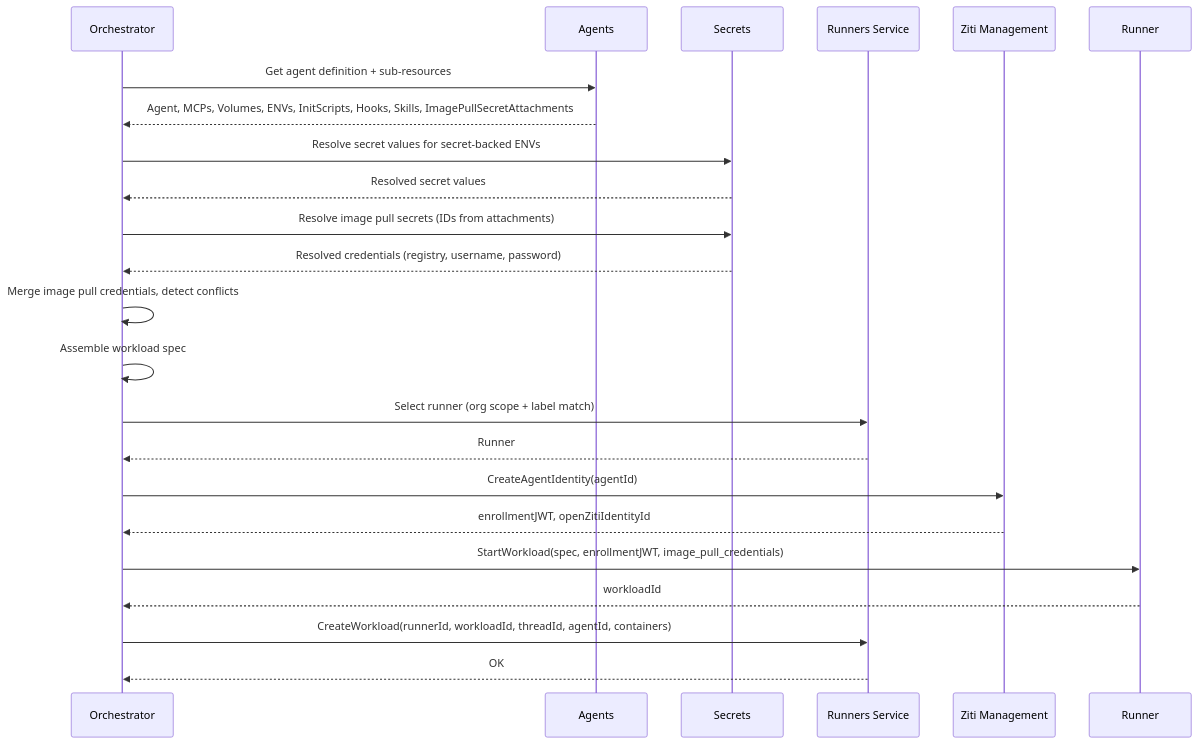
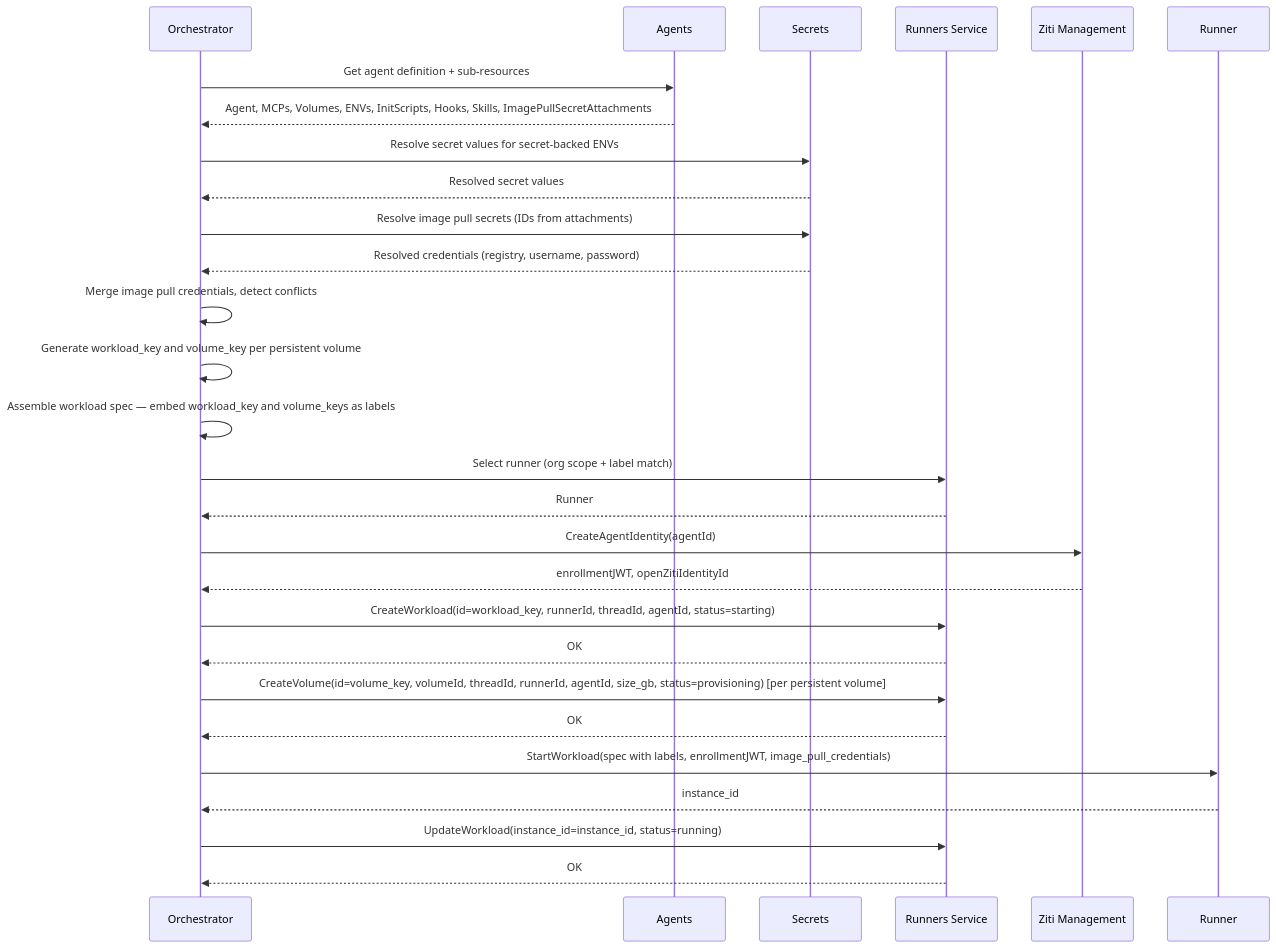
The third of 4 diagrams in architecture/agents-orchestrator.md (agynio/architecture), drawn with Mermaid before and after one commit. The commit also changed other lines of this file and 6 other files, not shown here.

````diff
--- a/architecture/agents-orchestrator.md
+++ b/architecture/agents-orchestrator.md
@@ -94,26 +94,31 @@
 ```mermaid
 sequenceDiagram
     participant O as Orchestrator
     participant T as Agents
     participant S as Secrets
     participant RS as Runners Service
     participant ZM as Ziti Management
     participant R as Runner
 
     O->>T: Get agent definition + sub-resources
     T-->>O: Agent, MCPs, Volumes, ENVs, InitScripts, Hooks, Skills, ImagePullSecretAttachments
     O->>S: Resolve secret values for secret-backed ENVs
     S-->>O: Resolved secret values
     O->>S: Resolve image pull secrets (IDs from attachments)
     S-->>O: Resolved credentials (registry, username, password)
     O->>O: Merge image pull credentials, detect conflicts
-    O->>O: Assemble workload spec
+    O->>O: Generate workload_key and volume_key per persistent volume
+    O->>O: Assemble workload spec — embed workload_key and volume_keys as labels
     O->>RS: Select runner (org scope + label match)
     RS-->>O: Runner
     O->>ZM: CreateAgentIdentity(agentId)
     ZM-->>O: enrollmentJWT, openZitiIdentityId
-    O->>R: StartWorkload(spec, enrollmentJWT, image_pull_credentials)
-    R-->>O: workloadId
-    O->>RS: CreateWorkload(runnerId, workloadId, threadId, agentId, containers)
+    O->>RS: CreateWorkload(id=workload_key, runnerId, threadId, agentId, status=starting)
+    RS-->>O: OK
+    O->>RS: CreateVolume(id=volume_key, volumeId, threadId, runnerId, agentId, size_gb, status=provisioning) [per persistent volume]
+    RS-->>O: OK
+    O->>R: StartWorkload(spec with labels, enrollmentJWT, image_pull_credentials)
+    R-->>O: instance_id
+    O->>RS: UpdateWorkload(instance_id=instance_id, status=running)
     RS-->>O: OK
 ```
````
